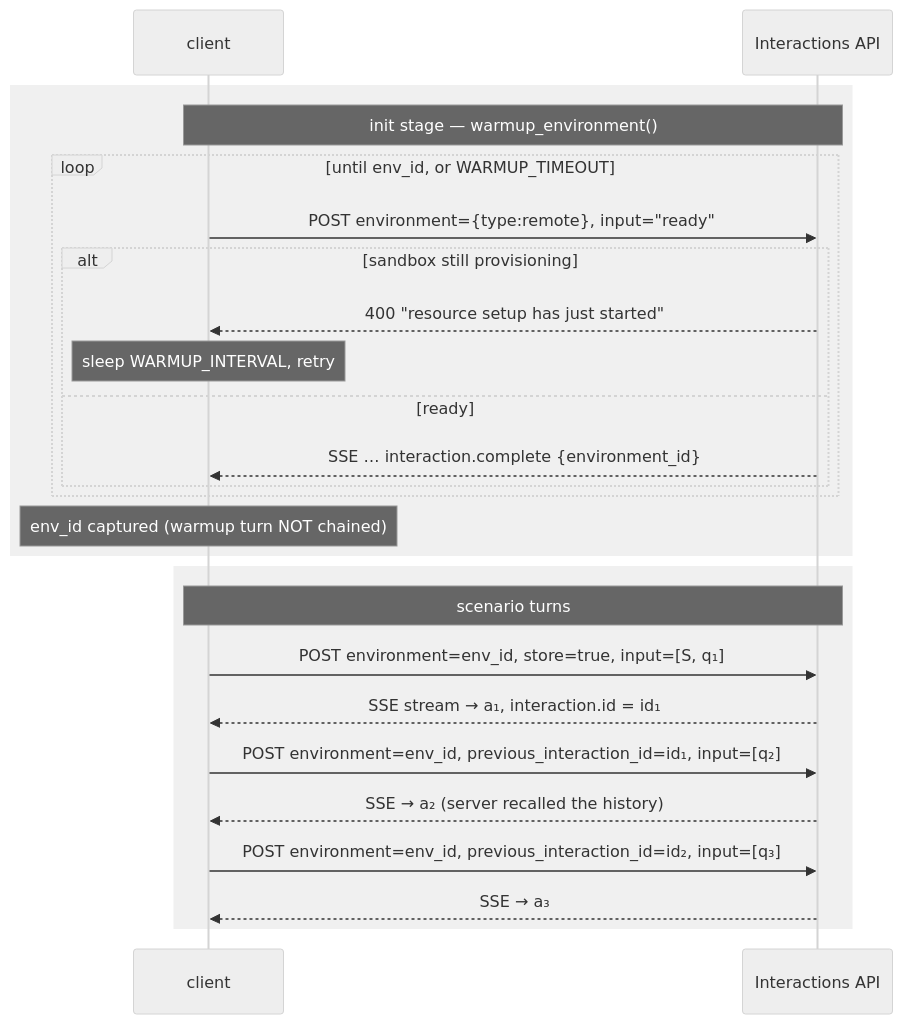
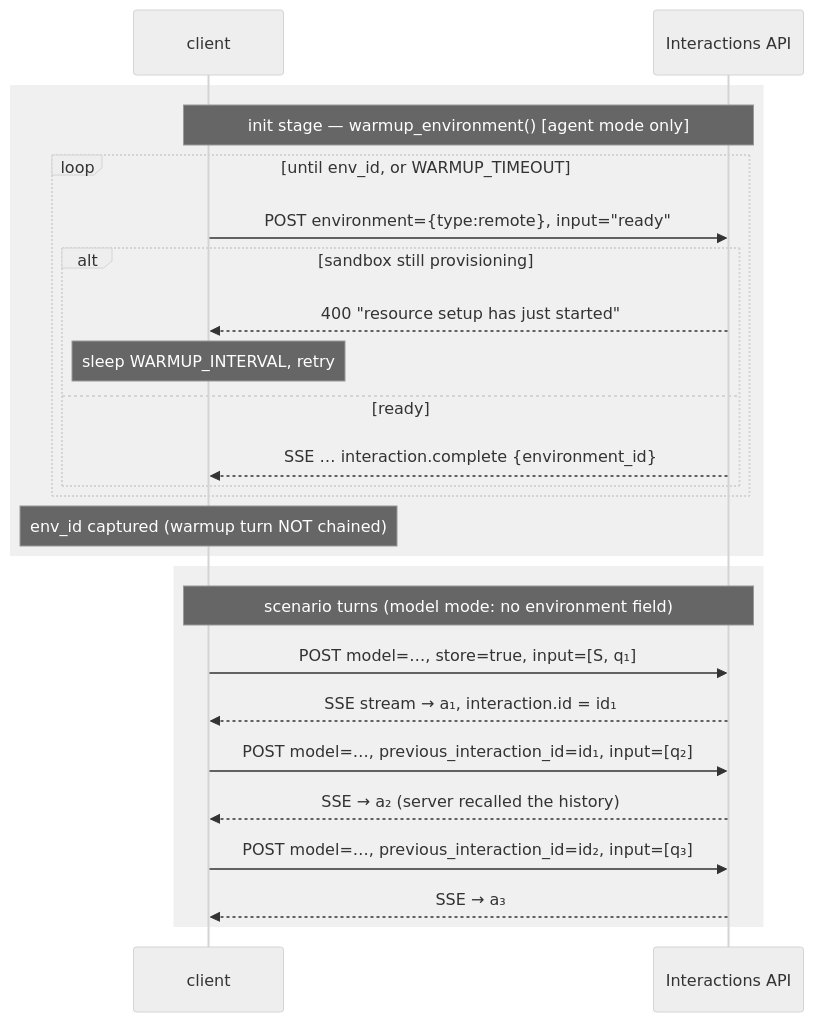
The sixth of 6 diagrams in gemini_token_test/docs/call-flow.md (sangrokhan/remote_work), drawn with Mermaid (neutral theme) before and after one commit. The commit also changed other lines of this file and 3 other files, not shown here.

First line of the commit message:
feat(interaction): target a plain Gemini model by default; readable req/resp

````diff
--- a/gemini_token_test/docs/call-flow.md
+++ b/gemini_token_test/docs/call-flow.md
@@ -152,29 +167,29 @@
 ```mermaid
 sequenceDiagram
   participant C as client
   participant I as Interactions API
 
   rect rgb(240,240,240)
-  Note over C,I: init stage — warmup_environment()
+  Note over C,I: init stage — warmup_environment() [agent mode only]
   loop until env_id, or WARMUP_TIMEOUT
     C->>I: POST environment={type:remote}, input="ready"
     alt sandbox still provisioning
       I-->>C: 400 "resource setup has just started"
       Note over C: sleep WARMUP_INTERVAL, retry
     else ready
       I-->>C: SSE … interaction.complete {environment_id}
     end
   end
   Note over C: env_id captured (warmup turn NOT chained)
   end
 
   rect rgb(240,240,240)
-  Note over C,I: scenario turns
-  C->>I: POST environment=env_id, store=true, input=[S, q₁]
+  Note over C,I: scenario turns (model mode: no environment field)
+  C->>I: POST model=…, store=true, input=[S, q₁]
   I-->>C: SSE stream → a₁, interaction.id = id₁
-  C->>I: POST environment=env_id, previous_interaction_id=id₁, input=[q₂]
+  C->>I: POST model=…, previous_interaction_id=id₁, input=[q₂]
   I-->>C: SSE → a₂ (server recalled the history)
-  C->>I: POST environment=env_id, previous_interaction_id=id₂, input=[q₃]
+  C->>I: POST model=…, previous_interaction_id=id₂, input=[q₃]
   I-->>C: SSE → a₃
   end
 ```
````
